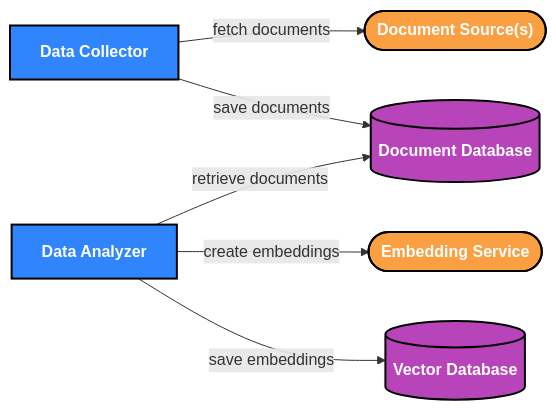
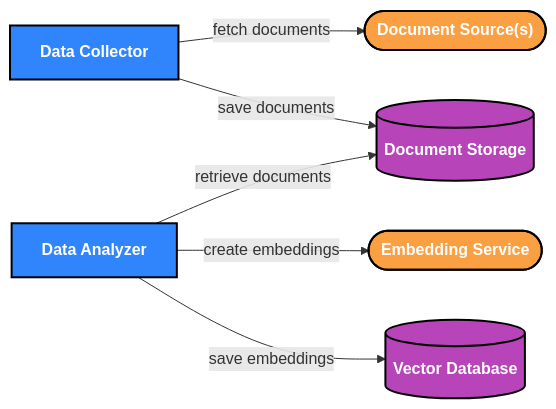
The second of 3 diagrams in README.md (initialcapacity/news-analyzer), drawn with Mermaid before and after one commit. The commit also changed other lines of this file, not shown here.

````diff
--- a/README.md
+++ b/README.md
@@ -56,26 +56,26 @@
 ```mermaid
 flowchart LR
     embeddings([Embedding Service])
     docs(["Document Source(s)"])
     vdb[(Vector Database)]
-    db[(Document Database)]
+    db[(Document Storage)]
     collector[Data Collector]
     analyzer[Data Analyzer]
     
     collector -- fetch documents --> docs
     collector -- save documents --> db
     analyzer -- retrieve documents --> db
     analyzer -- create embeddings --> embeddings
     analyzer -- save embeddings --> vdb
 
     classDef node font-weight:bold,color:white,stroke:black,stroke-width:2px;
     classDef app fill:#3185FC;
     classDef db fill:#B744B8;
     class app,collector,analyzer app;
     classDef external fill:#FA9F42;
     classDef user fill:#ED6A5A;
 
     class db,vdb db;
     class docs,embeddings external;
     class user user;
 ```
````
